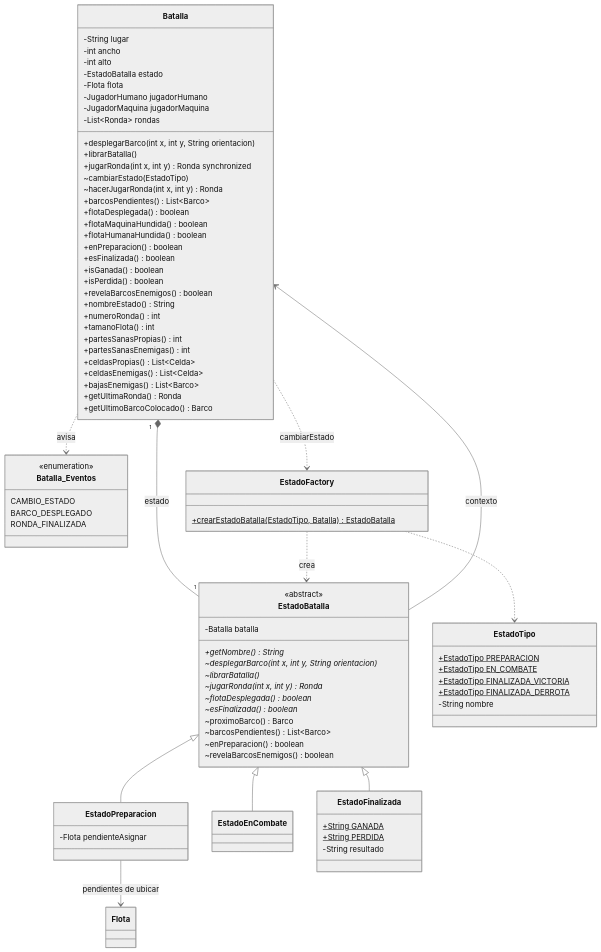
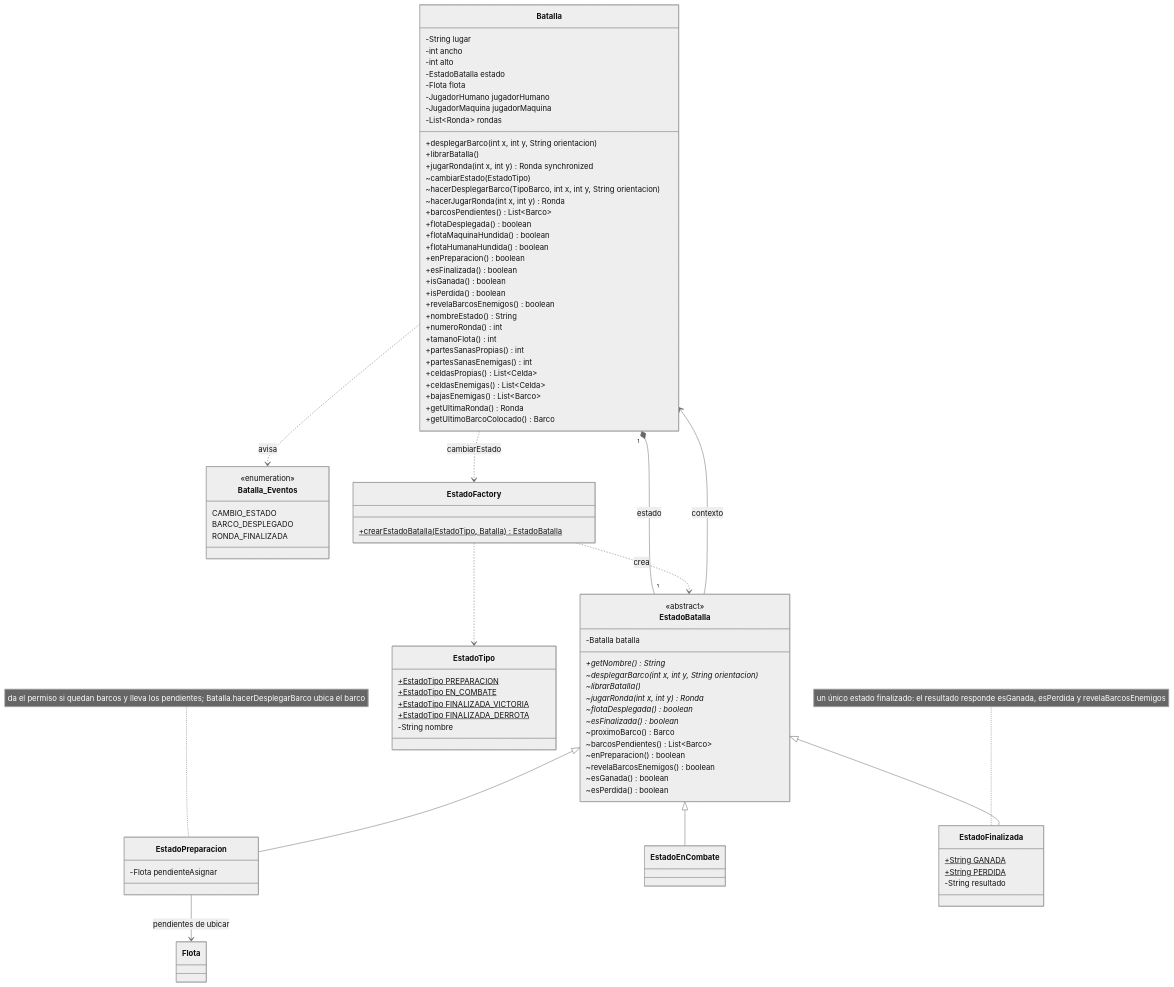
Before and after one commit to FrancoRossi-Dev/BattleShip: the third of 7 diagrams in README.md, drawn with Mermaid (neutral theme). The commit also changed 3 other files, not shown here.

Commit message:
experto en desplegar barco

```diff
--- a/README.md
+++ b/README.md
@@ -174,6 +174,7 @@
         +librarBatalla()
         +jugarRonda(int x, int y) Ronda synchronized
         ~cambiarEstado(EstadoTipo)
+        ~hacerDesplegarBarco(TipoBarco, int x, int y, String orientacion)
         ~hacerJugarRonda(int x, int y) Ronda
         +barcosPendientes() List~Barco~
         +flotaDesplegada() boolean
@@ -215,6 +216,8 @@
         ~barcosPendientes() List~Barco~
         ~enPreparacion() boolean
         ~revelaBarcosEnemigos() boolean
+        ~esGanada() boolean
+        ~esPerdida() boolean
     }
     class EstadoPreparacion {
         -Flota pendienteAsignar
@@ -235,6 +238,8 @@
     class EstadoFactory {
         +crearEstadoBatalla(EstadoTipo, Batalla)$ EstadoBatalla
     }
+    note for EstadoPreparacion "da el permiso si quedan barcos y lleva los pendientes; Batalla.hacerDesplegarBarco ubica el barco"
+    note for EstadoFinalizada "un único estado finalizado: el resultado responde esGanada, esPerdida y revelaBarcosEnemigos"
 
     Batalla ..> Batalla_Eventos : avisa
     Batalla "1" *-- "1" EstadoBatalla : estado
```
